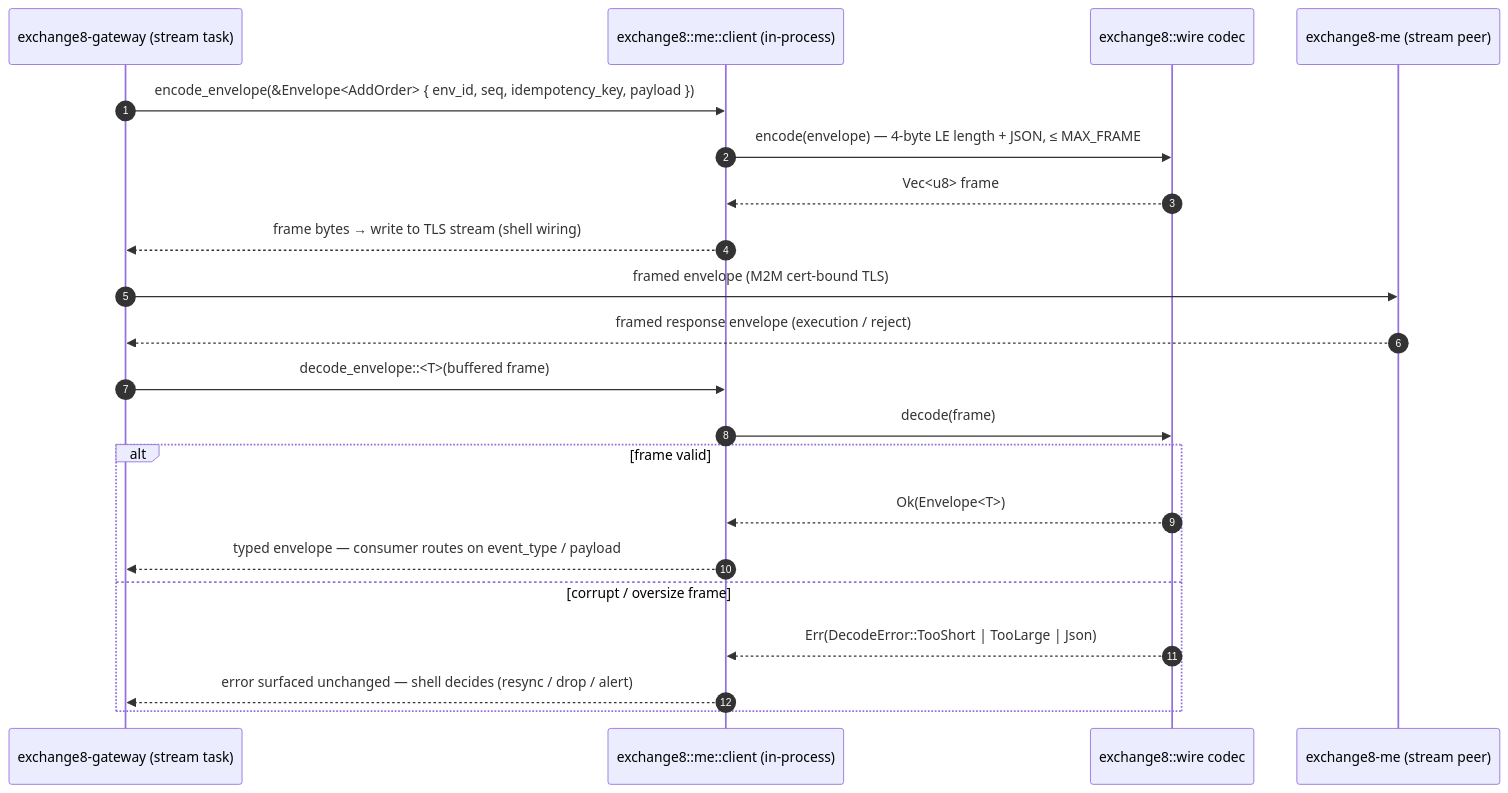
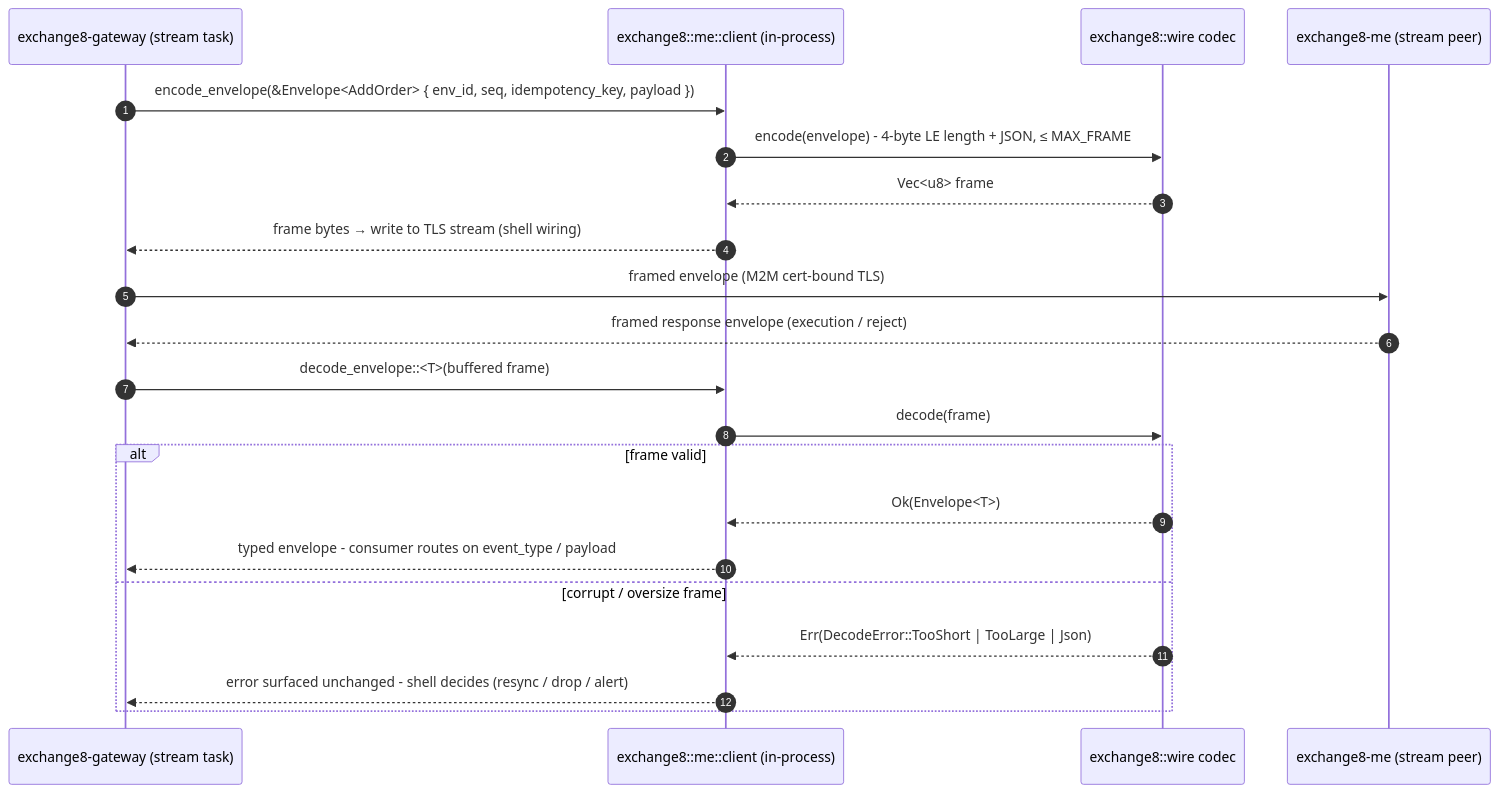
Before and after one commit to Exchange8-dev/exchange8-sdk: the third of 7 diagrams in crates/me/client/DESIGN.md, drawn with Mermaid. The commit also changed other lines of this file and 60 other files, not shown here.

````diff
--- a/crates/me/client/DESIGN.md
+++ b/crates/me/client/DESIGN.md
@@ -103,24 +103,24 @@
 ```mermaid
 sequenceDiagram
     autonumber
     participant GW as exchange8-gateway (stream task)
     participant MC as exchange8::me::client (in-process)
     participant W as exchange8::wire codec
     participant ME as exchange8-me (stream peer)
 
     GW->>MC: encode_envelope(&Envelope<AddOrder> { env_id, seq, idempotency_key, payload })
-    MC->>W: encode(envelope) — 4-byte LE length + JSON, ≤ MAX_FRAME
+    MC->>W: encode(envelope) - 4-byte LE length + JSON, ≤ MAX_FRAME
     W-->>MC: Vec<u8> frame
     MC-->>GW: frame bytes → write to TLS stream (shell wiring)
     GW->>ME: framed envelope (M2M cert-bound TLS)
     ME-->>GW: framed response envelope (execution / reject)
     GW->>MC: decode_envelope::<T>(buffered frame)
     MC->>W: decode(frame)
     alt frame valid
         W-->>MC: Ok(Envelope<T>)
-        MC-->>GW: typed envelope — consumer routes on event_type / payload
+        MC-->>GW: typed envelope - consumer routes on event_type / payload
     else corrupt / oversize frame
         W-->>MC: Err(DecodeError::TooShort | TooLarge | Json)
-        MC-->>GW: error surfaced unchanged — shell decides (resync / drop / alert)
+        MC-->>GW: error surfaced unchanged - shell decides (resync / drop / alert)
     end
 ```
````
